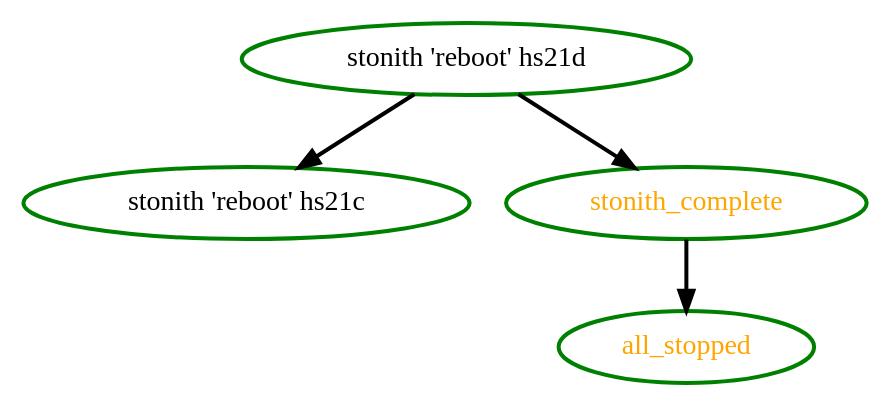
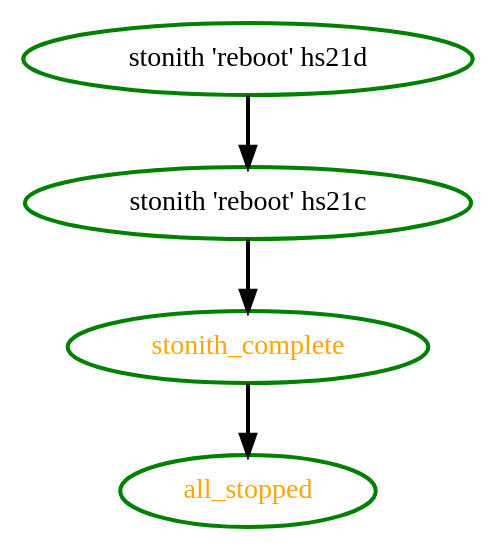
Before and after one commit to ClusterLabs/pacemaker: the diagram in pengine/test10/systemhealthp1.dot, drawn with Graphviz. The commit also changed 13 other files, not shown here.

```diff
--- a/pengine/test10/systemhealthp1.dot
+++ b/pengine/test10/systemhealthp1.dot
@@ -1,9 +1,9 @@
 digraph "g" {
 "all_stopped" [ style=bold color="green" fontcolor="orange" ]
+"stonith 'reboot' hs21c" -> "stonith_complete" [ style = bold]
 "stonith 'reboot' hs21c" [ style=bold color="green" fontcolor="black"]
 "stonith 'reboot' hs21d" -> "stonith 'reboot' hs21c" [ style = bold]
-"stonith 'reboot' hs21d" -> "stonith_complete" [ style = bold]
 "stonith 'reboot' hs21d" [ style=bold color="green" fontcolor="black"]
 "stonith_complete" -> "all_stopped" [ style = bold]
 "stonith_complete" [ style=bold color="green" fontcolor="orange" ]
 }
```
